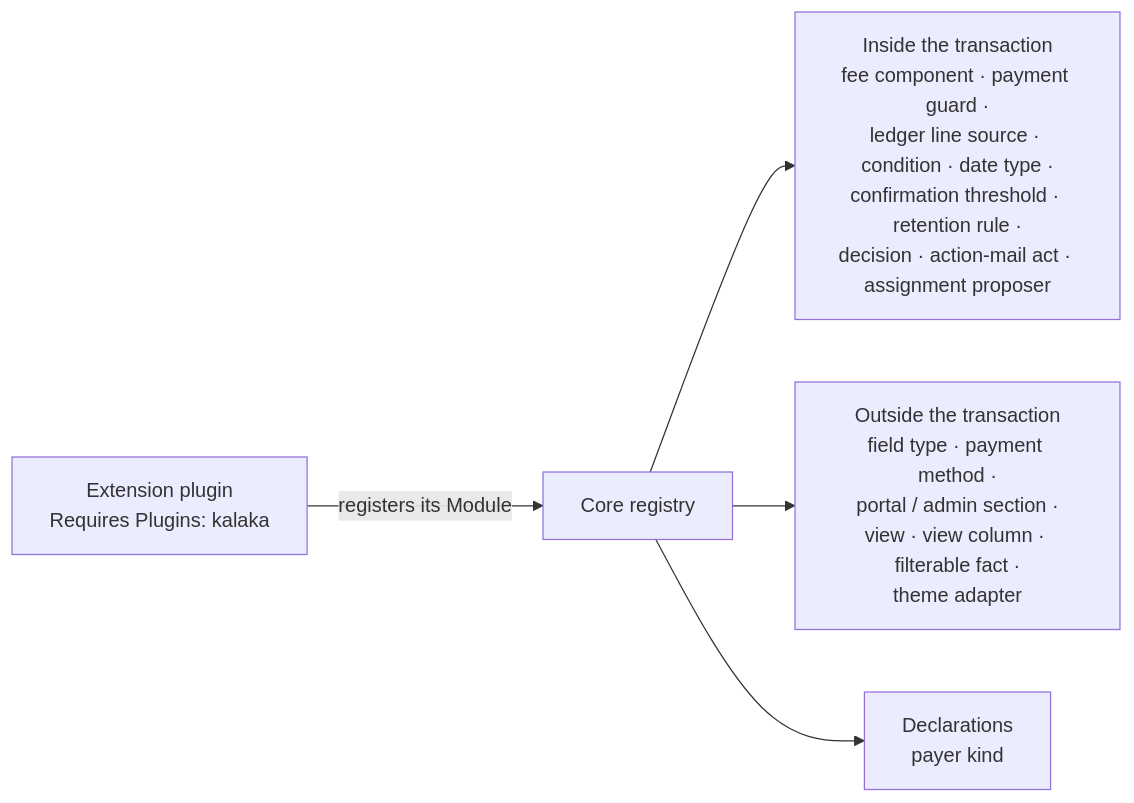
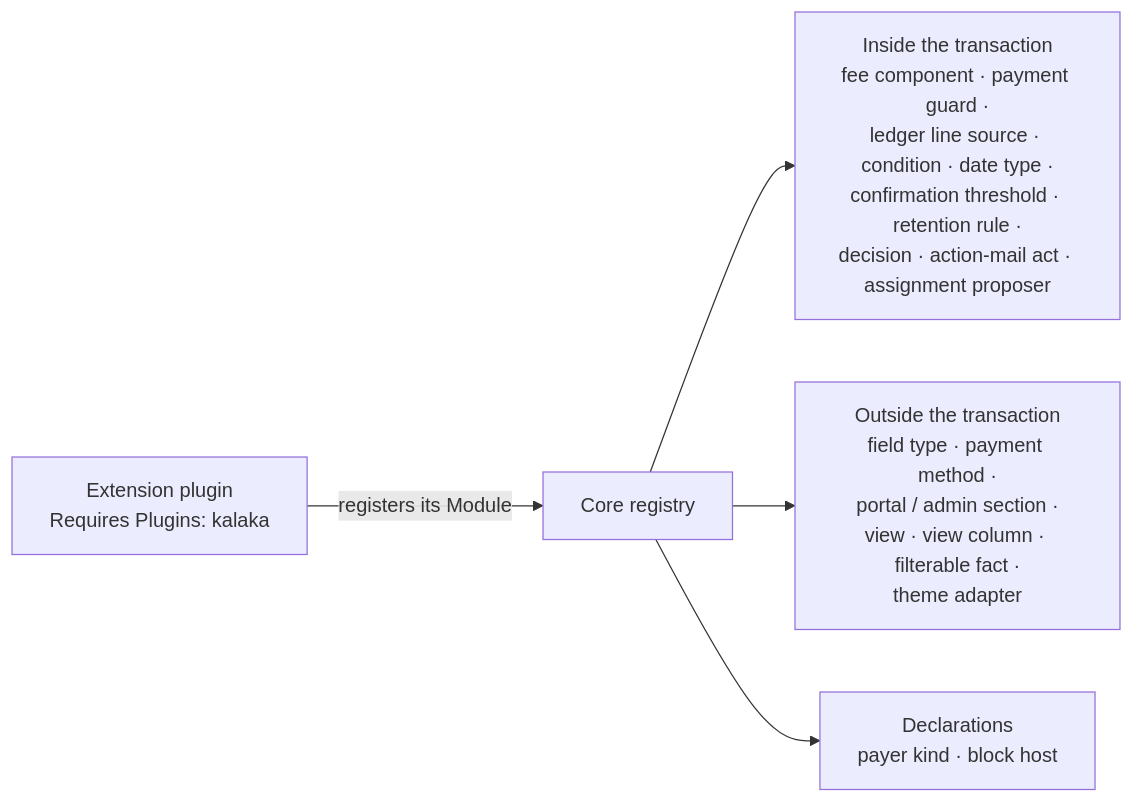
One commit to reformatus/kalaka changed the second of 2 diagrams in docs/architecture/modules-and-extensions.md. Above: the diagram before and after it, drawn with Mermaid. The commit also changed other lines of this file and 6 other files, not shown here.

````diff
--- a/docs/architecture/modules-and-extensions.md
+++ b/docs/architecture/modules-and-extensions.md
@@ -282,7 +282,7 @@
 ```mermaid
 flowchart LR
   EP["Extension plugin<br/>Requires Plugins: kalaka"] -->|"registers its Module"| REG["Core registry"]
   REG --> IN["Inside the transaction<br/>fee component · payment guard ·<br/>ledger line source · condition · date type ·<br/>confirmation threshold · retention rule ·<br/>decision · action-mail act · assignment proposer"]
   REG --> OUT["Outside the transaction<br/>field type · payment method ·<br/>portal / admin section ·<br/>view · view column · filterable fact ·<br/>theme adapter"]
-  REG --> DECL["Declarations<br/>payer kind"]
+  REG --> DECL["Declarations<br/>payer kind · block host"]
 ```
````
